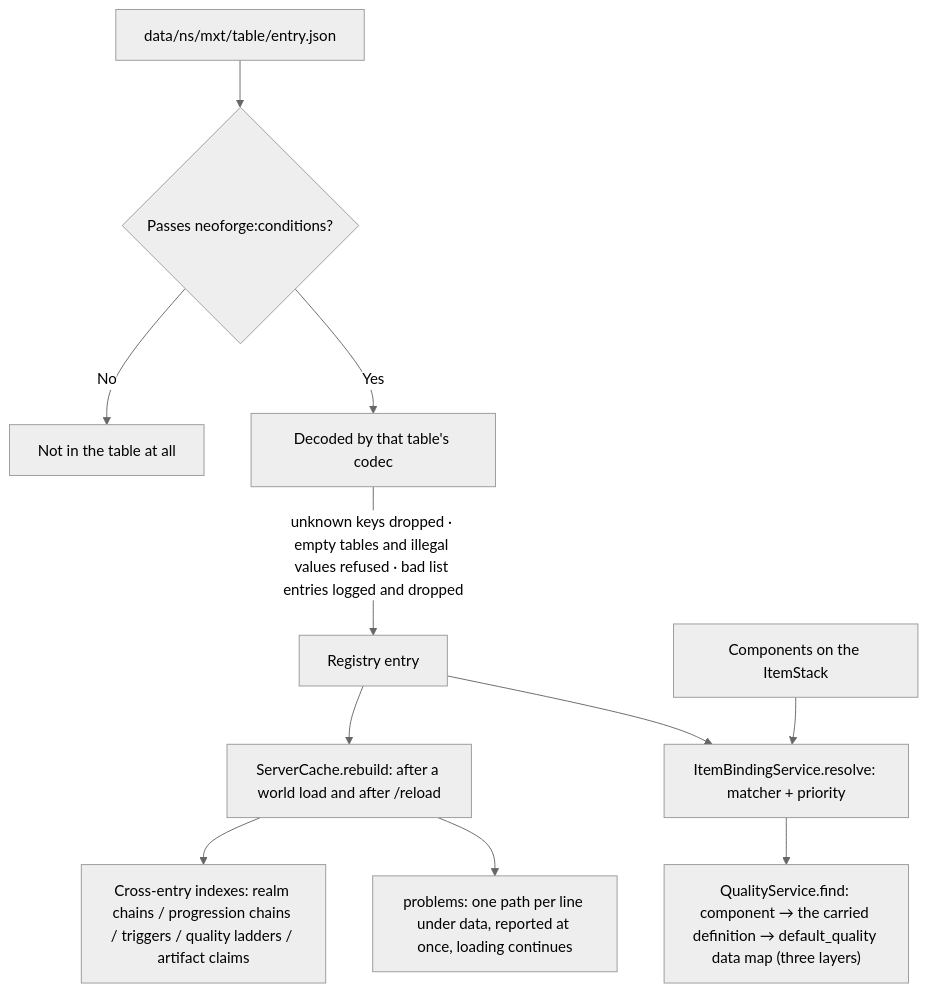
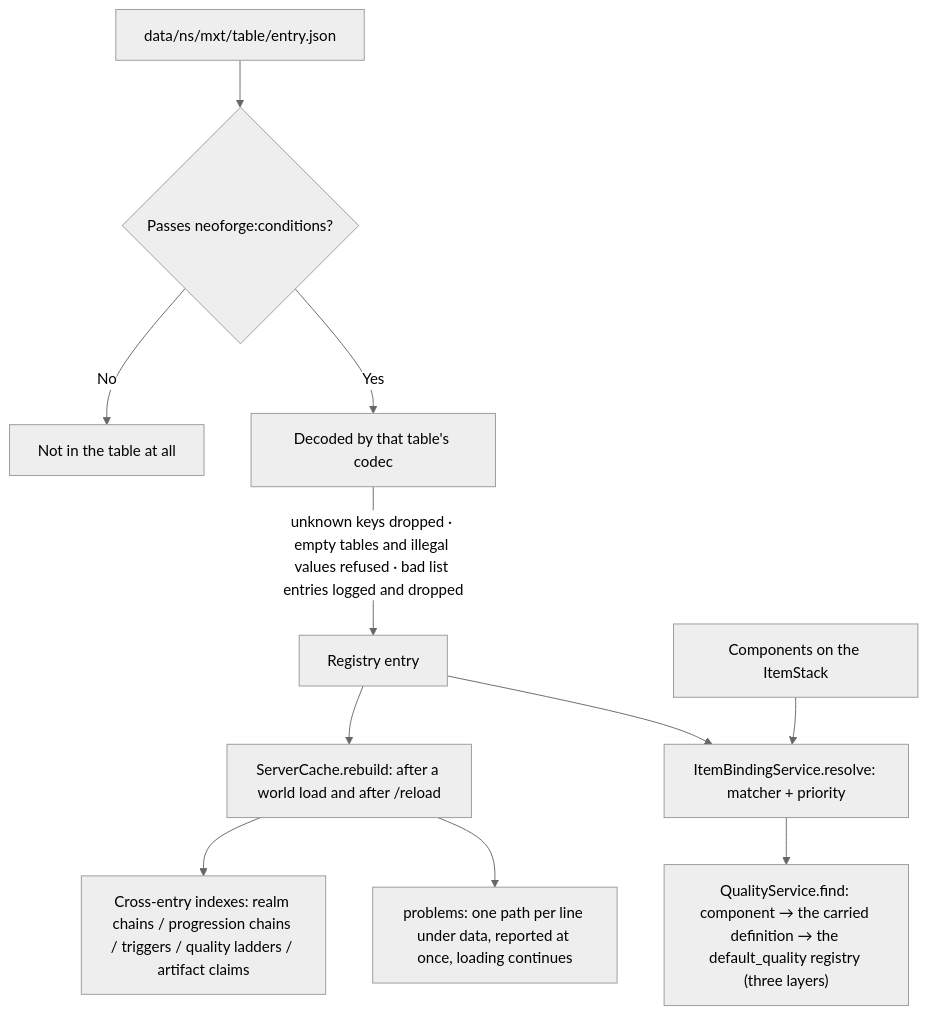
Before and after one commit to IAFEnvoy/mxt-docs: the diagram in docs/en/technical/data-loading.md, drawn with Mermaid (neutral theme). The commit also changed other lines of this file and 149 other files, not shown here.

````diff
--- a/docs/en/technical/data-loading.md
+++ b/docs/en/technical/data-loading.md
@@ -53,13 +53,13 @@
 ```mermaid
 flowchart TD
     A["data/ns/mxt/table/entry.json"] --> B{"Passes neoforge:conditions?"}
     B -->|No| X["Not in the table at all"]
     B -->|Yes| C["Decoded by that table's codec"]
     C -->|"unknown keys dropped · empty tables and illegal values refused · bad list entries logged and dropped"| D["Registry entry"]
     D --> E["ServerCache.rebuild: after a world load and after /reload"]
     E --> F["Cross-entry indexes: realm chains / progression chains / triggers / quality ladders / artifact claims"]
     E --> G["problems: one path per line under data, reported at once, loading continues"]
     D --> H["ItemBindingService.resolve: matcher + priority"]
     I["Components on the ItemStack"] --> H
-    H --> J["QualityService.find: component → the carried definition → default_quality data map (three layers)"]
+    H --> J["QualityService.find: component → the carried definition → the default_quality registry (three layers)"]
 ```
````
